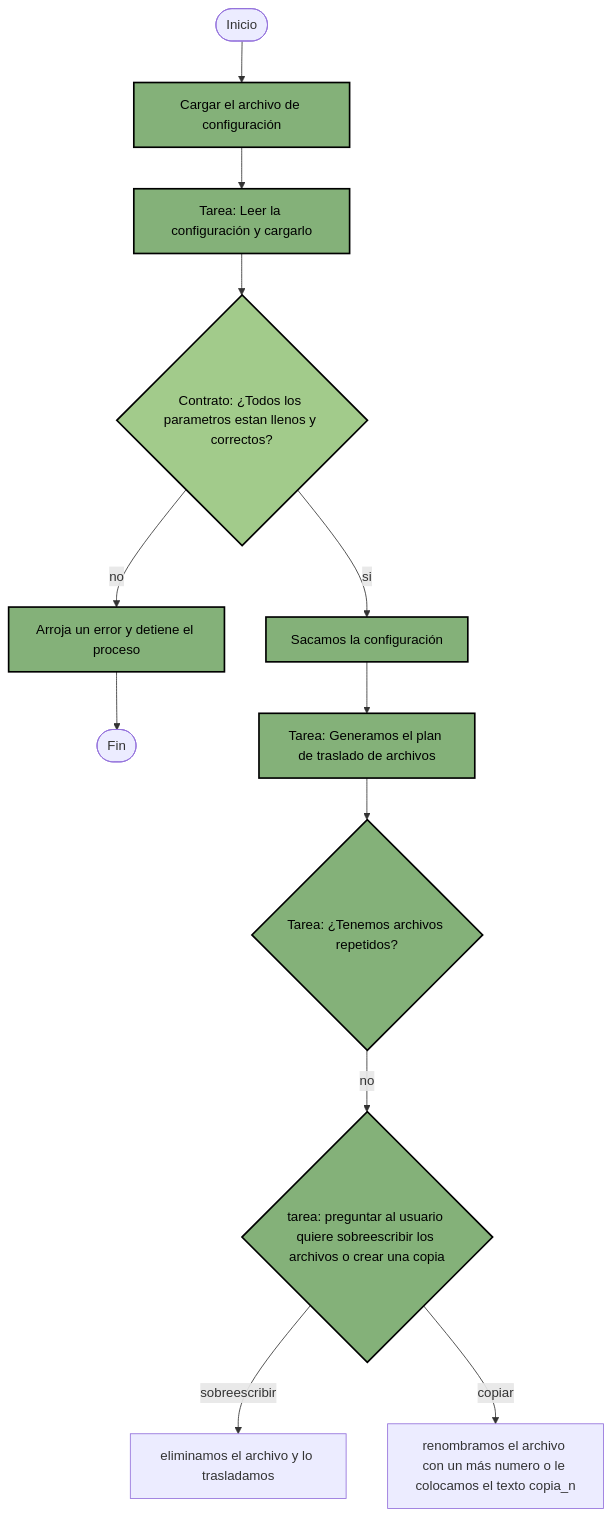
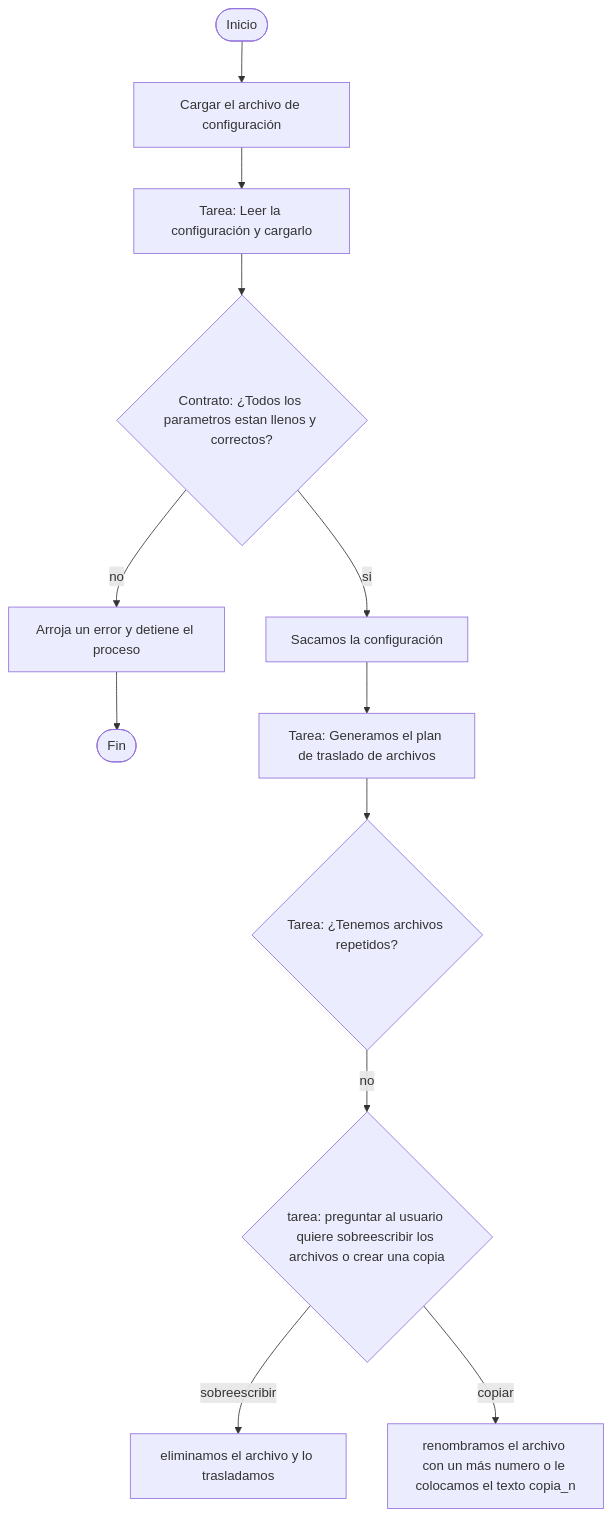
The diagram in doc/documentacion_tecnica/index.md (CristopherDev63/automatizacion-archivos), drawn with Mermaid before and after one commit.

Commit message:
documentacion

````diff
--- a/doc/documentacion_tecnica/index.md
+++ b/doc/documentacion_tecnica/index.md
@@ -5,23 +5,17 @@
 ```mermaid 
 graph TD 
-    %% Definicion de estilos 
-    classDef proceso fill:#84B179,stroke:black,stroke-width:2px, color: black
-    classDef decision fill:#A2CB8B,stroke:black,stroke-width:2px, color: black
-    classDef archivo fill:#C7EABB,stroke:black,stroke-width:2px, color: black
-    classDef movimiento fill:#E8F5BD,stroke:black,stroke-width:2px, color: black
-    classDef verificacion fill:#F8F3E1,stroke:#black,stroke-width:2px, color black
 
-    Start([Inicio]) --> Config[Cargar el archivo de configuración]:::proceso
-    Config --> Tarea_leer_config[Tarea: Leer la configuración y cargarlo]:::proceso
-    Tarea_leer_config --> Desicion_orden_contrato{Contrato: ¿Todos los parametros estan llenos y correctos?}:::decision
-    Desicion_orden_contrato --> |no| mensaje_error[Arroja un error y detiene el proceso]:::proceso
+    Start([Inicio]) --> Config[Cargar el archivo de configuración]
+    Config --> Tarea_leer_config[Tarea: Leer la configuración y cargarlo]
+    Tarea_leer_config --> Desicion_orden_contrato{Contrato: ¿Todos los parametros estan llenos y correctos?}
+    Desicion_orden_contrato --> |no| mensaje_error[Arroja un error y detiene el proceso]
     mensaje_error --> Fin([Fin])
 
-    Desicion_orden_contrato --> |si| sacar_configuracion[Sacamos la configuración]:::proceso
-    sacar_configuracion --> generar_plan[Tarea: Generamos el plan de traslado de archivos]:::proceso
-    generar_plan --> Desicion_existencia_archivos{Tarea: ¿Tenemos archivos repetidos?}:::proceso
-    Desicion_existencia_archivos --> |no| proceso_preguntar_usuario{tarea: preguntar al usuario quiere sobreescribir los archivos o crear una copia}:::proceso
+    Desicion_orden_contrato --> |si| sacar_configuracion[Sacamos la configuración]
+    sacar_configuracion --> generar_plan[Tarea: Generamos el plan de traslado de archivos]
+    generar_plan --> Desicion_existencia_archivos{Tarea: ¿Tenemos archivos repetidos?}
+    Desicion_existencia_archivos --> |no| proceso_preguntar_usuario{tarea: preguntar al usuario quiere sobreescribir los archivos o crear una copia}
     proceso_preguntar_usuario --> |sobreescribir| sobreescribir_archivo[eliminamos el archivo y lo trasladamos]
     proceso_preguntar_usuario --> |copiar| copiar_archivo[renombramos el archivo con un más numero o le colocamos el texto copia_n] 
 
 ```
````
